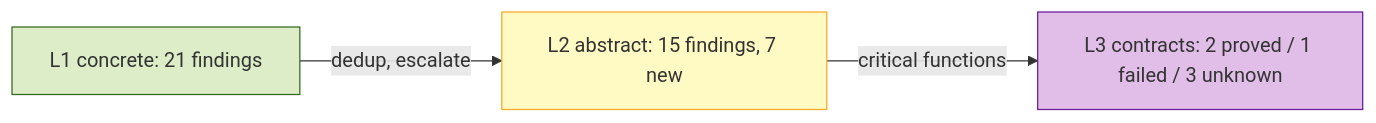
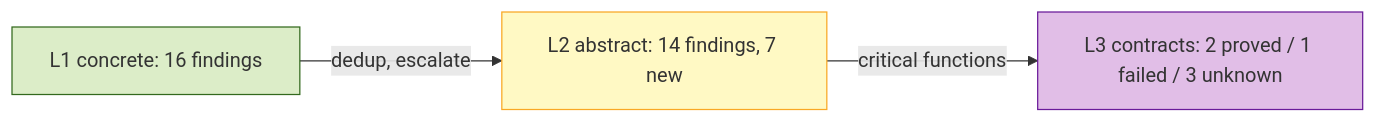
The first of 11 diagrams in reports/local_module_0.0.0.md (riantr/LunaFlow), drawn with Mermaid before and after one commit. The commit also changed other lines of this file and 27 other files, not shown here.

````diff
--- a/reports/local_module_0.0.0.md
+++ b/reports/local_module_0.0.0.md
@@ -48,11 +48,11 @@
 ```mermaid
 flowchart LR
   classDef l1 fill:#dcedc8,stroke:#33691e
   classDef l2 fill:#fff9c4,stroke:#f9a825
   classDef l3 fill:#e1bee7,stroke:#6a1b9a
-  L1["L1 concrete: 21 findings"]:::l1
-  L2["L2 abstract: 15 findings, 7 new"]:::l2
+  L1["L1 concrete: 16 findings"]:::l1
+  L2["L2 abstract: 14 findings, 7 new"]:::l2
   L3["L3 contracts: 2 proved / 1 failed / 3 unknown"]:::l3
   L1 -->|"dedup, escalate"| L2
   L2 -->|"critical functions"| L3
 ```
````
